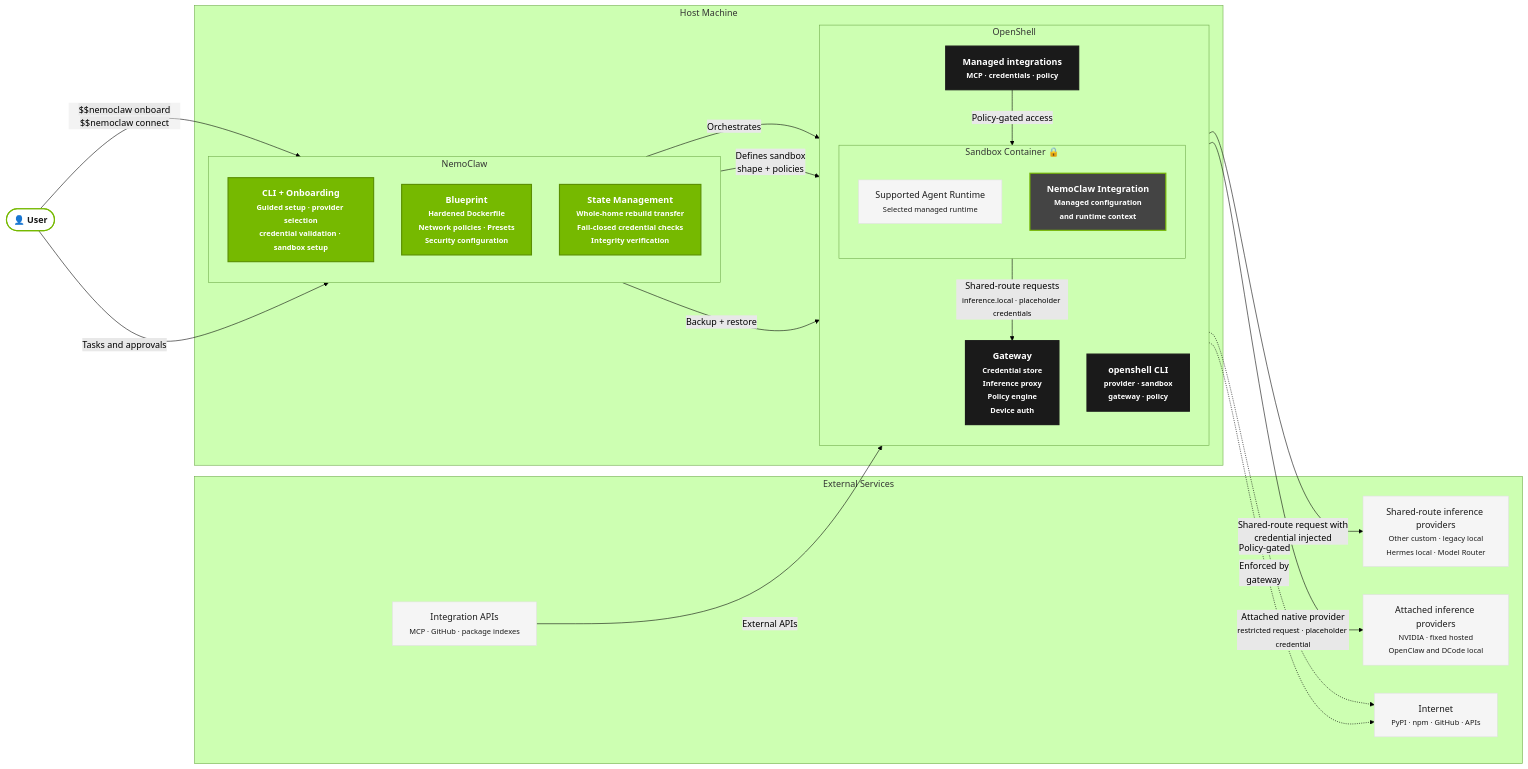
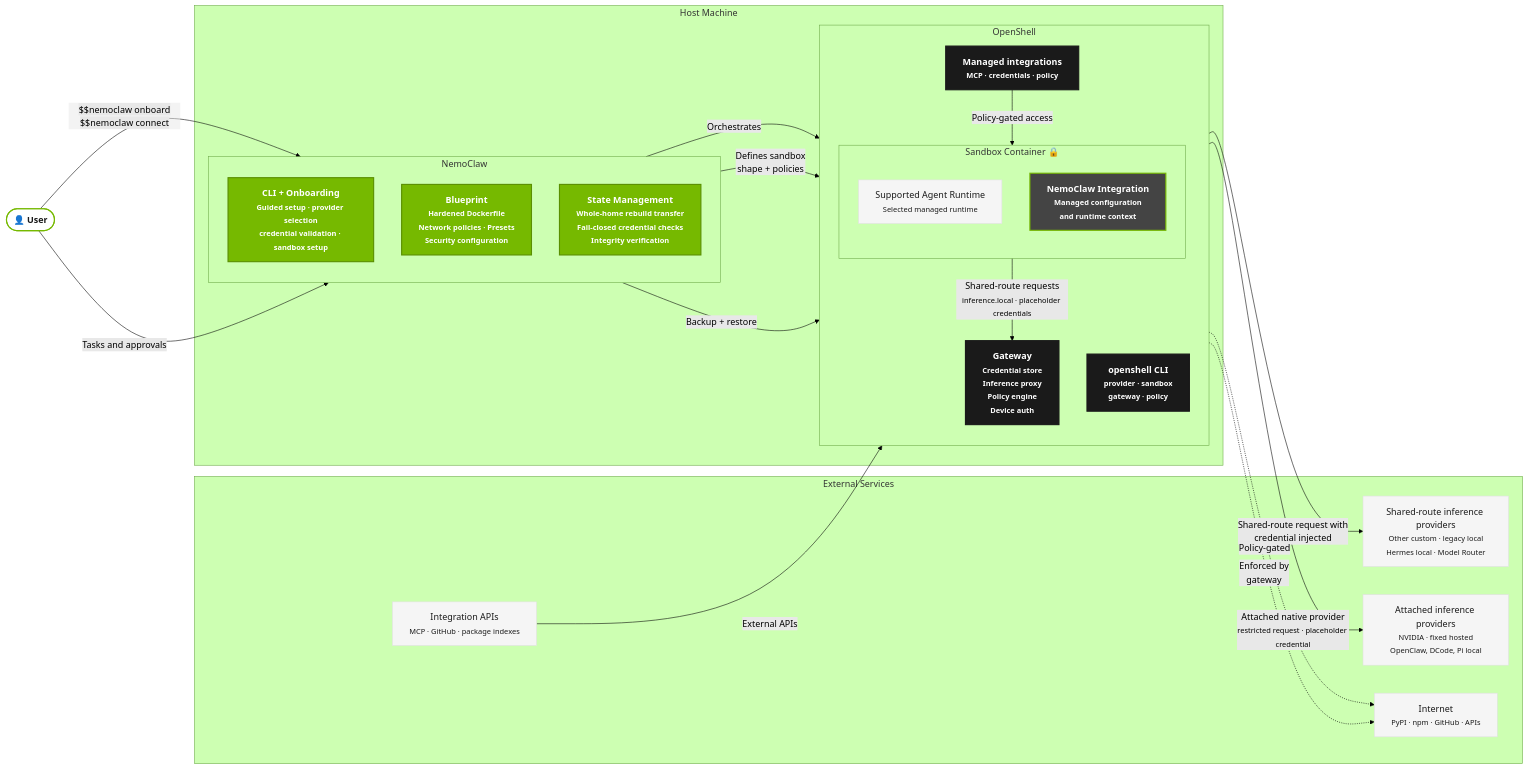
One commit to NVIDIA/NemoClaw changed the first of 3 diagrams in docs/reference/architecture.mdx. Above: the diagram before and after it, drawn with Mermaid (forest theme). The commit also changed other lines of this file and 10 other files, not shown here.

````diff
--- a/docs/reference/architecture.mdx
+++ b/docs/reference/architecture.mdx
@@ -20,58 +20,58 @@
 ```mermaid
 graph LR
     classDef nemoclaw fill:#76b900,stroke:#5a8f00,color:#fff,stroke-width:2px,font-weight:bold
     classDef openshell fill:#1a1a1a,stroke:#1a1a1a,color:#fff,stroke-width:2px,font-weight:bold
     classDef sandbox fill:#444,stroke:#76b900,color:#fff,stroke-width:2px,font-weight:bold
     classDef agent fill:#f5f5f5,stroke:#e0e0e0,color:#1a1a1a,stroke-width:1px
     classDef external fill:#f5f5f5,stroke:#e0e0e0,color:#1a1a1a,stroke-width:1px
     classDef user fill:#fff,stroke:#76b900,color:#1a1a1a,stroke-width:2px,font-weight:bold
 
     USER(["👤 User"]):::user
 
     subgraph EXTERNAL["External Services"]
         SHARED_INFERENCE["Shared-route inference providers<br/><small>Other custom · legacy local<br/>Hermes local · Model Router</small>"]:::external
-        NVIDIA_INFERENCE["Attached inference providers<br/><small>NVIDIA · fixed hosted<br/>OpenClaw and DCode local</small>"]:::external
+        NVIDIA_INFERENCE["Attached inference providers<br/><small>NVIDIA · fixed hosted<br/>OpenClaw, DCode, Pi local</small>"]:::external
         INTEGRATIONS["Integration APIs<br/><small>MCP · GitHub · package indexes</small>"]:::external
         INTERNET["Internet<br/><small>PyPI · npm · GitHub · APIs</small>"]:::external
     end
 
     subgraph HOST["Host Machine"]
 
         subgraph NEMOCLAW["NemoClaw"]
             direction TB
             NCLI["CLI + Onboarding<br/><small>Guided setup · provider selection<br/>credential validation · sandbox setup</small>"]:::nemoclaw
             BP["Blueprint<br/><small>Hardened Dockerfile<br/>Network policies · Presets<br/>Security configuration</small>"]:::nemoclaw
             STATE["State Management<br/><small>Whole-home rebuild transfer<br/>Fail-closed credential checks<br/>Integrity verification</small>"]:::nemoclaw
         end
 
         subgraph OPENSHELL["OpenShell"]
             direction TB
             GW["Gateway<br/><small>Credential store<br/>Inference proxy<br/>Policy engine<br/>Device auth</small>"]:::openshell
             OSCLI["openshell CLI<br/><small>provider · sandbox<br/>gateway · policy</small>"]:::openshell
             INTEG["Managed integrations<br/><small>MCP · credentials · policy</small>"]:::openshell
 
             subgraph SANDBOX["Sandbox Container 🔒"]
                 direction TB
                 AGENT["Supported Agent Runtime<br/><small>Selected managed runtime</small>"]:::agent
                 PLUG["NemoClaw Integration<br/><small>Managed configuration<br/>and runtime context</small>"]:::sandbox
             end
         end
     end
 
     USER -->|"$$nemoclaw onboard<br/>$$nemoclaw connect"| NCLI
     USER -->|"Tasks and approvals"| NCLI
 
     NCLI -->|"Orchestrates"| OSCLI
     BP -->|"Defines sandbox<br/>shape + policies"| SANDBOX
     STATE -->|"Backup + restore"| SANDBOX
 
     AGENT -->|"Shared-route requests<br/><small>inference.local · placeholder credentials</small>"| GW
     GW -->|"Shared-route request with<br/>credential injected"| SHARED_INFERENCE
     AGENT -->|"Attached native provider<br/><small>restricted request · placeholder credential</small>"| NVIDIA_INFERENCE
 
     INTEGRATIONS -->|"External APIs"| INTEG
     INTEG -->|"Policy-gated access"| AGENT
 
     AGENT -.->|"Policy-gated"| INTERNET
     GW -.->|"Enforced by<br/>gateway"| INTERNET
 ```
````
